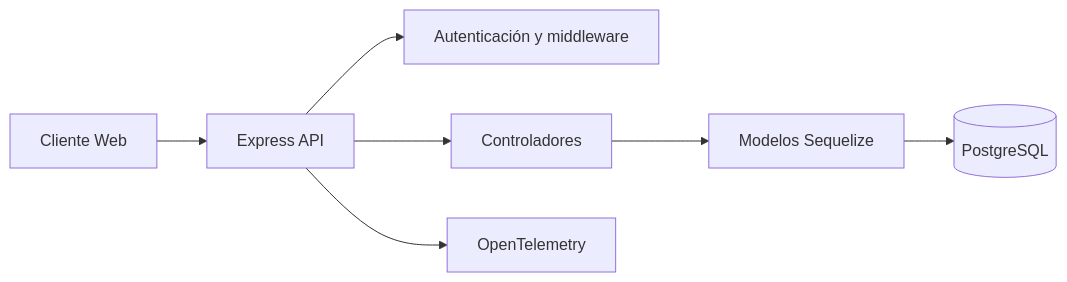
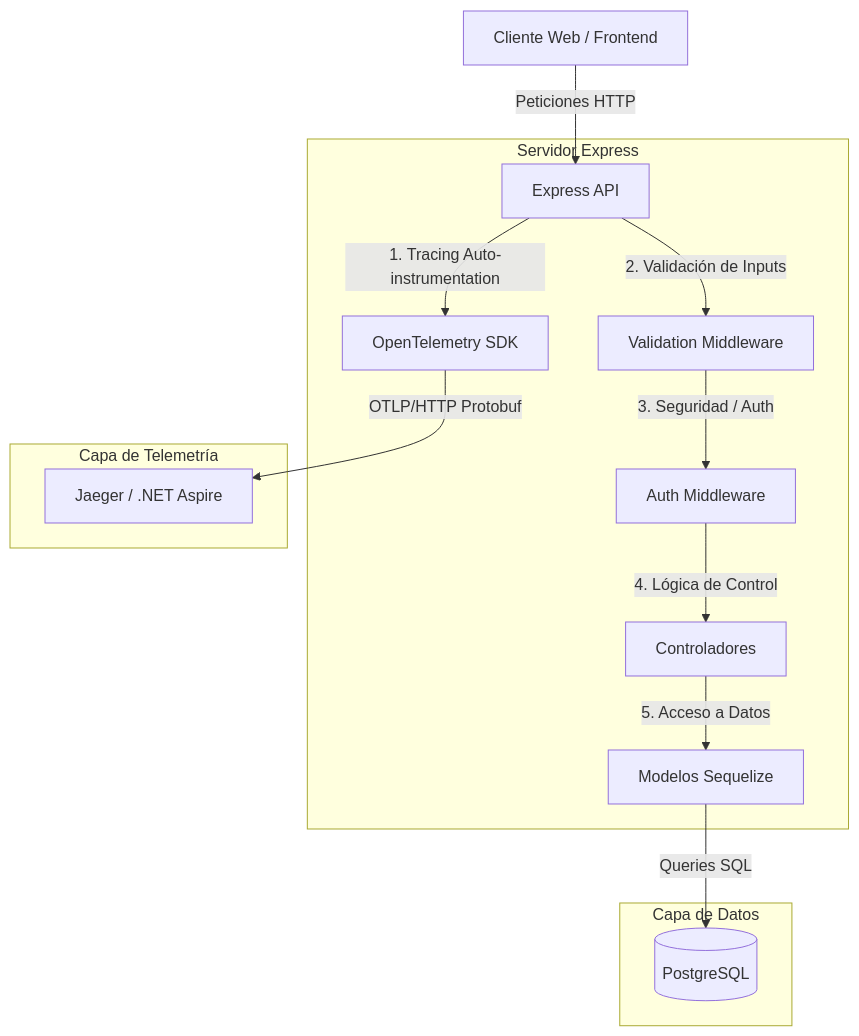
The first of 2 diagrams in backend-vinculacion/docs/manual_tecnico.md (borys449/Vinculacion), drawn with Mermaid before and after one commit. The commit also changed other lines of this file and 8 other files, not shown here.

````diff
--- a/backend-vinculacion/docs/manual_tecnico.md
+++ b/backend-vinculacion/docs/manual_tecnico.md
@@ -9,9 +9,17 @@
 ```mermaid
-flowchart LR
-  Client[Cliente Web] --> API[Express API]
-  API --> Auth[Autenticación y middleware]
-  API --> Controllers[Controladores]
-  Controllers --> Models[Modelos Sequelize]
-  Models --> DB[(PostgreSQL)]
-  API --> OTEL[OpenTelemetry]
+flowchart TD
+  Client[Cliente Web / Frontend] -->|Peticiones HTTP| API[Express API]
+  subgraph Backend ["Servidor Express"]
+    API -->|1. Tracing Auto-instrumentation| OTEL[OpenTelemetry SDK]
+    API -->|2. Validación de Inputs| Val[Validation Middleware]
+    Val -->|3. Seguridad / Auth| Auth[Auth Middleware]
+    Auth -->|4. Lógica de Control| Controllers[Controladores]
+    Controllers -->|5. Acceso a Datos| Models[Modelos Sequelize]
+  end
+  subgraph Data ["Capa de Datos"]
+    Models -->|Queries SQL| DB[(PostgreSQL)]
+  end
+  subgraph Observability ["Capa de Telemetría"]
+    OTEL -->|OTLP/HTTP Protobuf| Jaeger[Jaeger / .NET Aspire]
+  end
 ```
````
